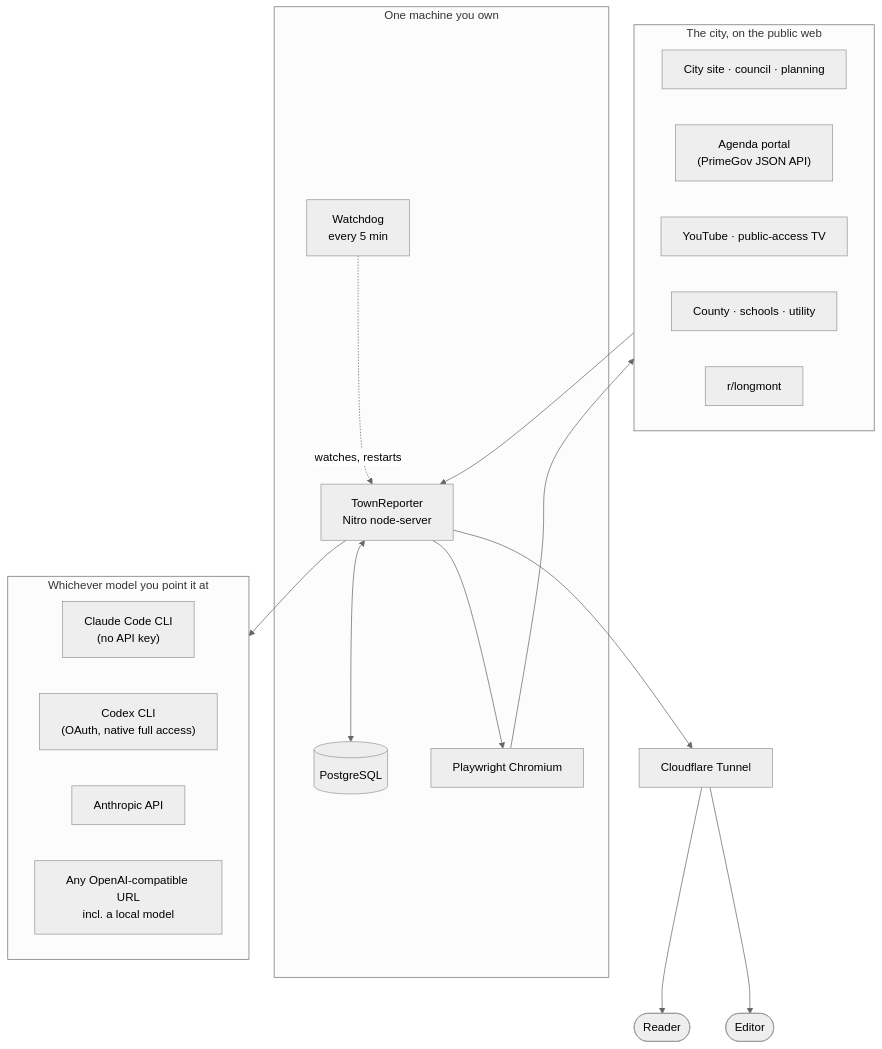
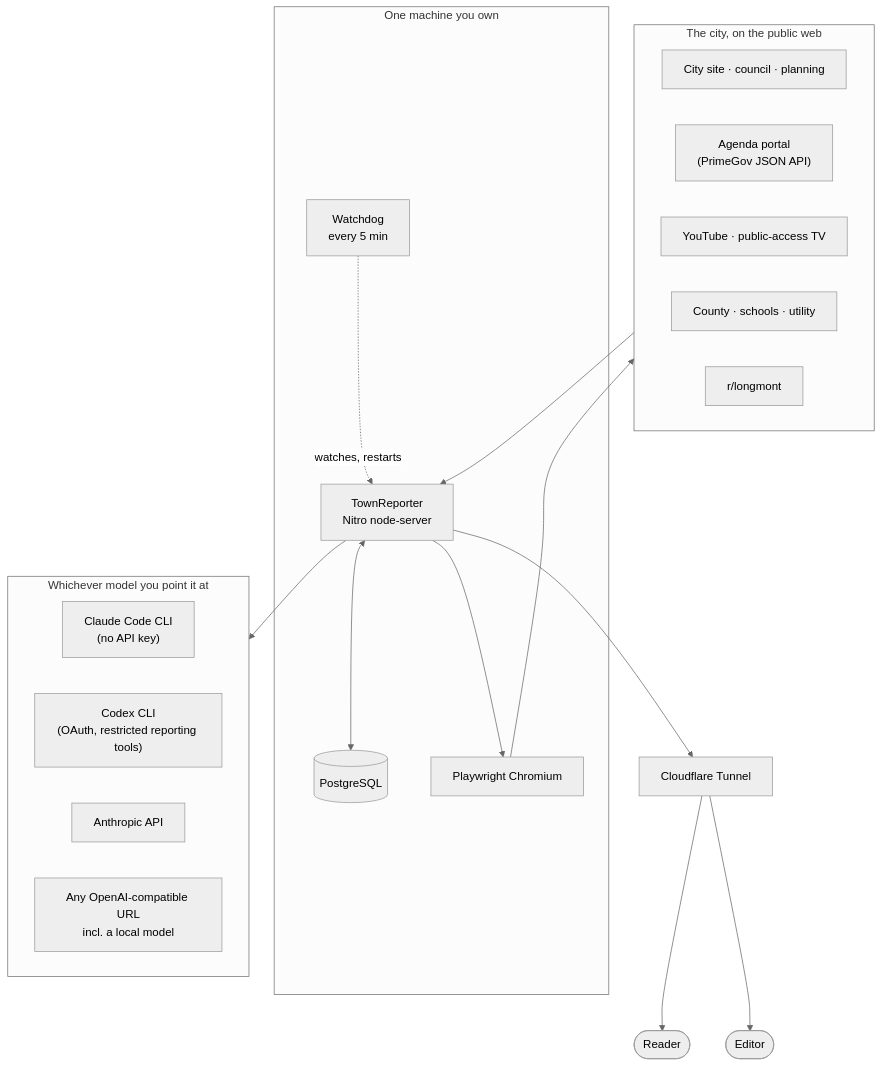
Before and after one commit to scottconverse/TownReporter: the first of 8 diagrams in docs/manual.md, drawn with Mermaid (neutral theme). The commit also changed other lines of this file and 148 other files, not shown here.

````diff
--- a/docs/manual.md
+++ b/docs/manual.md
@@ -877,37 +890,37 @@
 ```mermaid
 flowchart TB
     subgraph outside["The city, on the public web"]
         CITY["City site · council · planning"]
         PORTAL["Agenda portal<br/>(PrimeGov JSON API)"]
         TAPE["YouTube · public-access TV"]
         COUNTY["County · schools · utility"]
         REDDIT["r/longmont"]
     end
 
     subgraph machine["One machine you own"]
         APP["TownReporter<br/>Nitro node-server"]
         DB[("PostgreSQL")]
         PW["Playwright Chromium"]
         WD["Watchdog<br/>every 5 min"]
     end
 
     subgraph models["Whichever model you point it at"]
         CC["Claude Code CLI<br/>(no API key)"]
-        CX["Codex CLI<br/>(OAuth, native full access)"]
+        CX["Codex CLI<br/>(OAuth, restricted reporting tools)"]
         API["Anthropic API"]
         OAI["Any OpenAI-compatible URL<br/>incl. a local model"]
     end
 
     READER(["Reader"])
     EDITOR(["Editor"])
 
     outside --> APP
     APP <--> DB
     APP --> PW
     PW --> outside
     APP --> models
     WD -.watches, restarts.-> APP
     APP --> TUNNEL["Cloudflare Tunnel"]
     TUNNEL --> READER
     TUNNEL --> EDITOR
 ```
````
